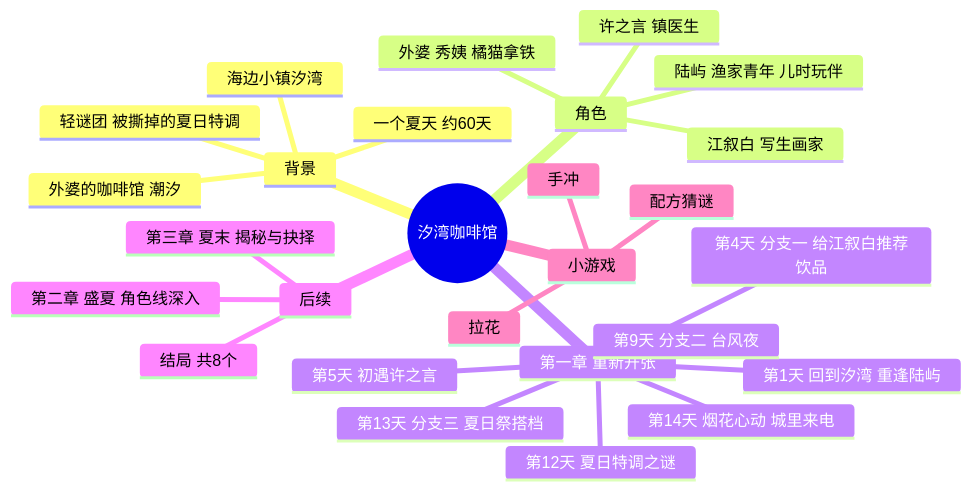
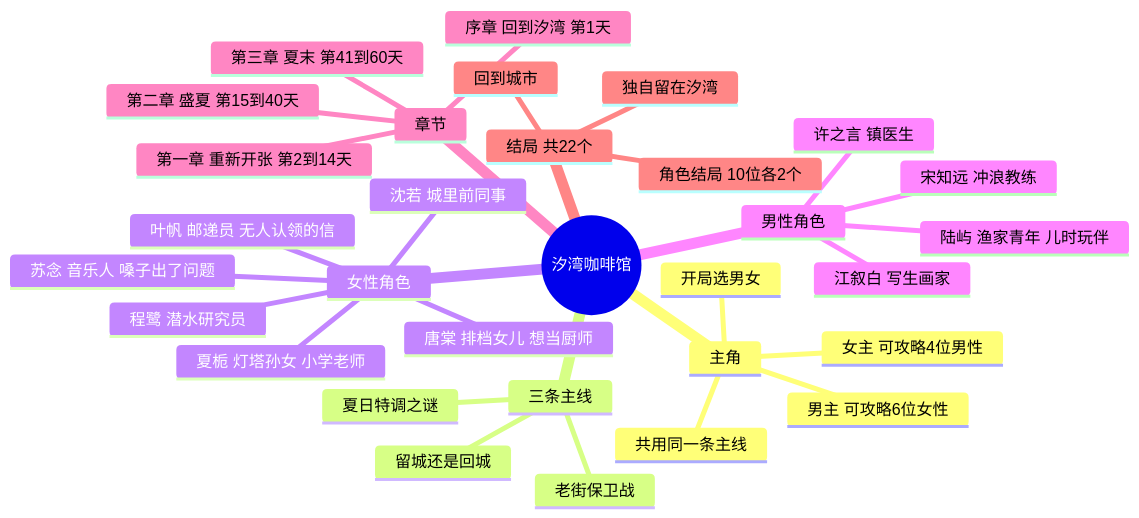
One commit to GmhLovEDM/grok-prototype changed the diagram in docs/seaside-cafe/story-outline.md. Above: the diagram before and after it, drawn with Mermaid. The commit also changed other lines of this file, not shown here.

````diff
--- a/docs/seaside-cafe/story-outline.md
+++ b/docs/seaside-cafe/story-outline.md
@@ -61,30 +111,34 @@
 ```mermaid
 mindmap
   root((汐湾咖啡馆))
-    背景
-      海边小镇汐湾
-      外婆的咖啡馆 潮汐
-      一个夏天 约60天
-      轻谜团 被撕掉的夏日特调
-    角色
+    主角
+      开局选男女
+      男主 可攻略6位女性
+      女主 可攻略4位男性
+      共用同一条主线
+    三条主线
+      夏日特调之谜
+      老街保卫战
+      留城还是回城
+    女性角色
+      夏栀 灯塔孙女 小学老师
+      唐棠 排档女儿 想当厨师
+      叶帆 邮递员 无人认领的信
+      苏念 音乐人 嗓子出了问题
+      程鹭 潜水研究员
+      沈若 城里前同事
+    男性角色
       陆屿 渔家青年 儿时玩伴
       江叙白 写生画家
       许之言 镇医生
-      外婆 秀姨 橘猫拿铁
-    第一章 重新开张
-      第1天 回到汐湾 重逢陆屿
-      第4天 分支一 给江叙白推荐饮品
-      第5天 初遇许之言
-      第9天 分支二 台风夜
-      第12天 夏日特调之谜
-      第13天 分支三 夏日祭搭档
-      第14天 烟花心动 城里来电
-    后续
-      第二章 盛夏 角色线深入
-      第三章 夏末 揭秘与抉择
-      结局 共8个
-    小游戏
-      手冲
-      拉花
-      配方猜谜
+      宋知远 冲浪教练
+    章节
+      序章 回到汐湾 第1天
+      第一章 重新开张 第2到14天
+      第二章 盛夏 第15到40天
+      第三章 夏末 第41到60天
+    结局 共22个
+      角色结局 10位各2个
+      独自留在汐湾
+      回到城市
 ```
````
